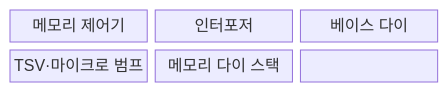
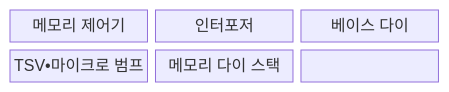
The first of 2 diagrams in src/content/docs/notes/02-hardware/090_3d_stacked_memory.md (agnusdei1207/knowledge-base), drawn with Mermaid before and after one commit. The commit also changed other lines of this file and 953 other files, not shown here.

````diff
--- a/src/content/docs/notes/02-hardware/090_3d_stacked_memory.md
+++ b/src/content/docs/notes/02-hardware/090_3d_stacked_memory.md
@@ -65,11 +65,11 @@
 ```mermaid
 block
   columns 3
   C["메모리 제어기"]
   I["인터포저"]
   B["베이스 다이"]
-  V["TSV·마이크로 범프"]
+  V["TSV•마이크로 범프"]
   D["메모리 다이 스택"]
   C --- I --- B
   B --- V --- D
 ```
````
